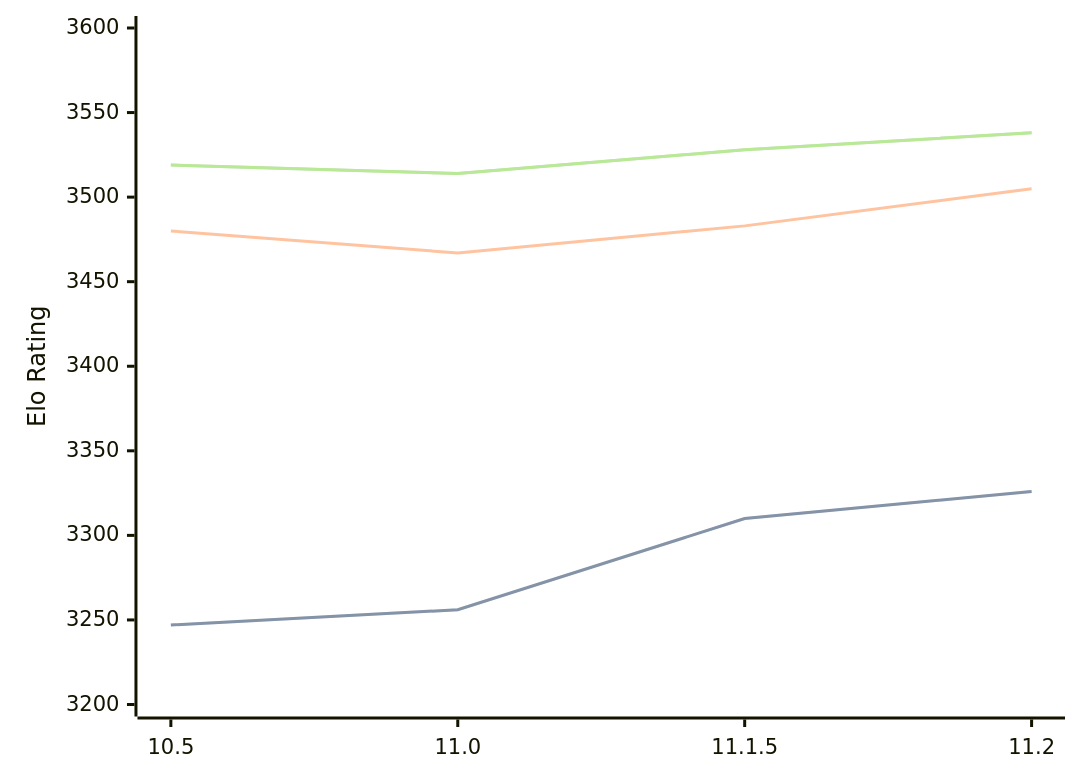
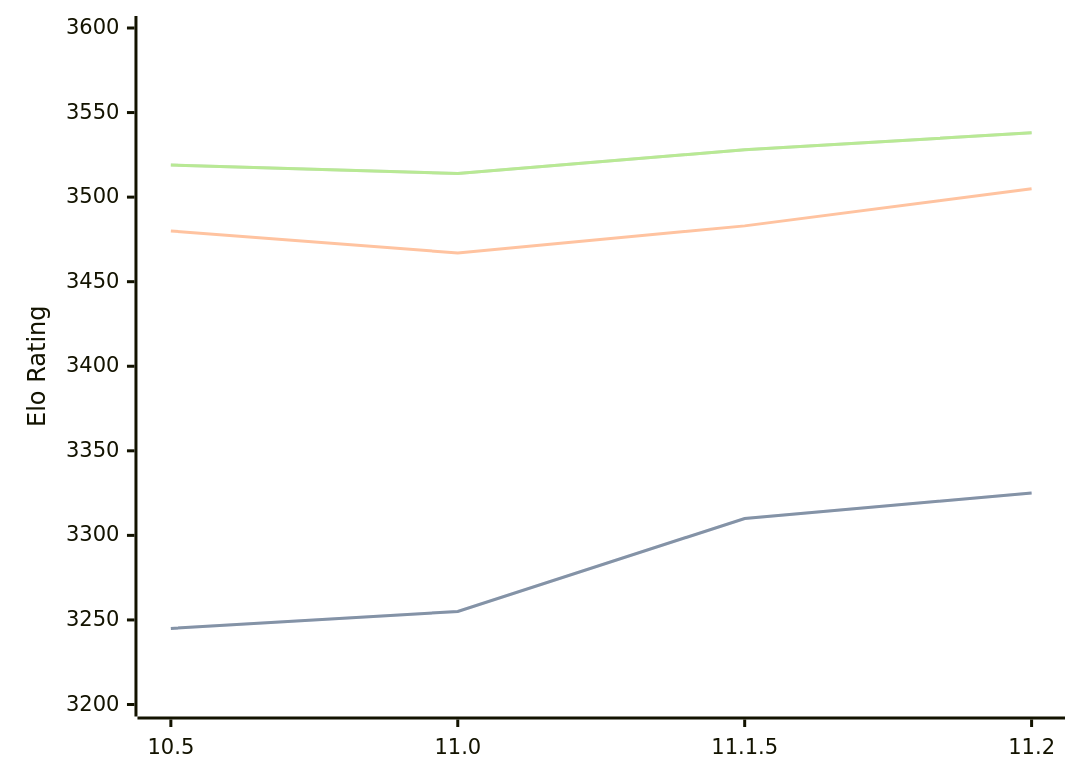
Before and after one commit to computer-chess-index/cci: the diagram in engines/Lizard.md, drawn with Mermaid. The commit also changed other lines of this file, not shown here.

````diff
--- a/engines/Lizard.md
+++ b/engines/Lizard.md
@@ -46,11 +46,11 @@
 ```mermaid
 %%{init: {"theme":"base","themeVariables":{"seriesColors:['#a3a3a3','#222221','#faa371']}}}%%
 xychart-beta
   x-axis ["10.5", "11.0", "11.1.5", "11.2"]
   y-axis "Elo Rating" 3200 --> 3600
-  line "STC (8.0+0.08s)" [3247, 3256, 3310, 3326]
-  line "STC (8.0+0.08s)" [3247, 3256, 3310, 3326]
+  line "STC (8.0+0.08s)" [3245, 3255, 3310, 3325]
+  line "STC (8.0+0.08s)" [3245, 3255, 3310, 3325]
   line "LTC (60.0+0.60s)" [3480, 3467, 3483, 3505]
   line "VLTC (2m24s+1.12s)" [3519, 3514, 3528, 3538]
   line "VLTC (2m24s+1.12s)" [3519, 3514, 3528, 3538]
 ```
````
